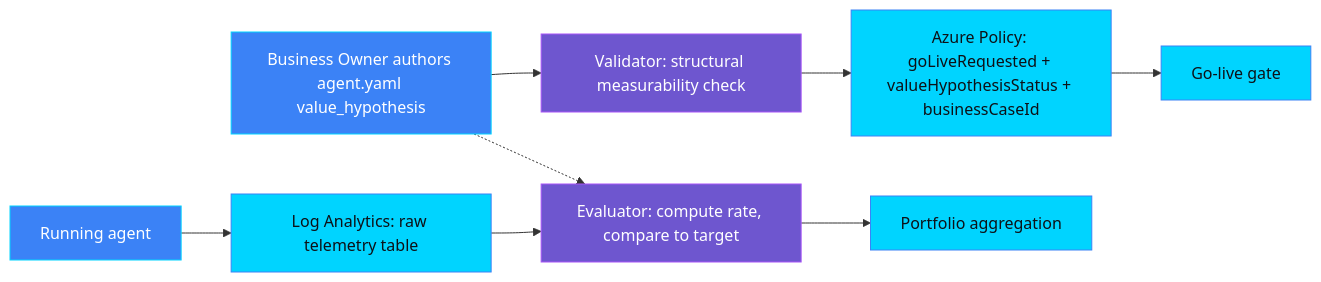
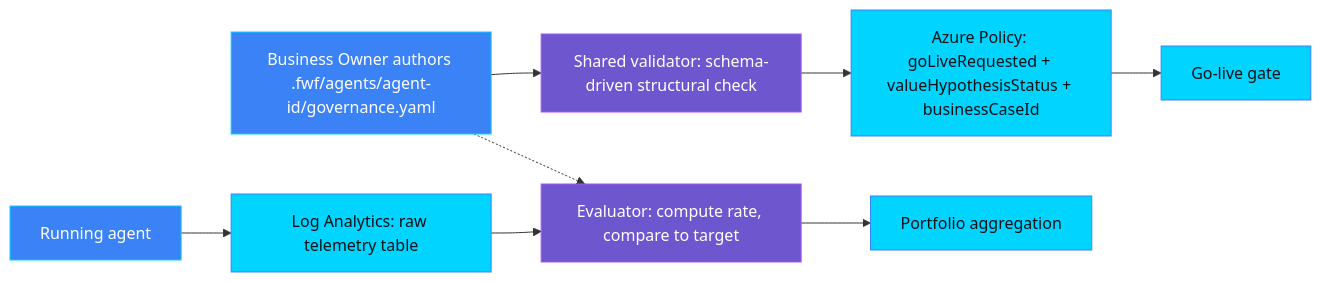
Before and after one commit to doruit/forged-with-foundry: the first of 2 diagrams in controls/value_adoption_and_finops/ARCHITECTURE.md, drawn with Mermaid. The commit also changed other lines of this file and 50 other files, not shown here.

First line of the commit message:
feat: Add governance contract and evidence schemas for customer support agent

````diff
--- a/controls/value_adoption_and_finops/ARCHITECTURE.md
+++ b/controls/value_adoption_and_finops/ARCHITECTURE.md
@@ -88,18 +92,18 @@
 ```mermaid
 flowchart LR
-  H[Business Owner authors agent.yaml value_hypothesis] --> V[Validator: structural measurability check]
+  H[Business Owner authors .fwf/agents/agent-id/governance.yaml] --> V[Shared validator: schema-driven structural check]
   V --> P[Azure Policy: goLiveRequested + valueHypothesisStatus + businessCaseId]
   P --> G[Go-live gate]
 
   A[Running agent] --> T[Log Analytics: raw telemetry table]
   H -.-> E
   T --> E[Evaluator: compute rate, compare to target]
   E --> R[Portfolio aggregation]
 
   classDef governance fill:#6E56CF,stroke:#A855F7,color:#FFFFFF
   classDef platform fill:#3B82F6,stroke:#00D4FF,color:#FFFFFF
   classDef evidence fill:#00D4FF,stroke:#3B82F6,color:#0D1117
   class H,A platform
   class V,E governance
   class P,T,G,R evidence
 ```
````
